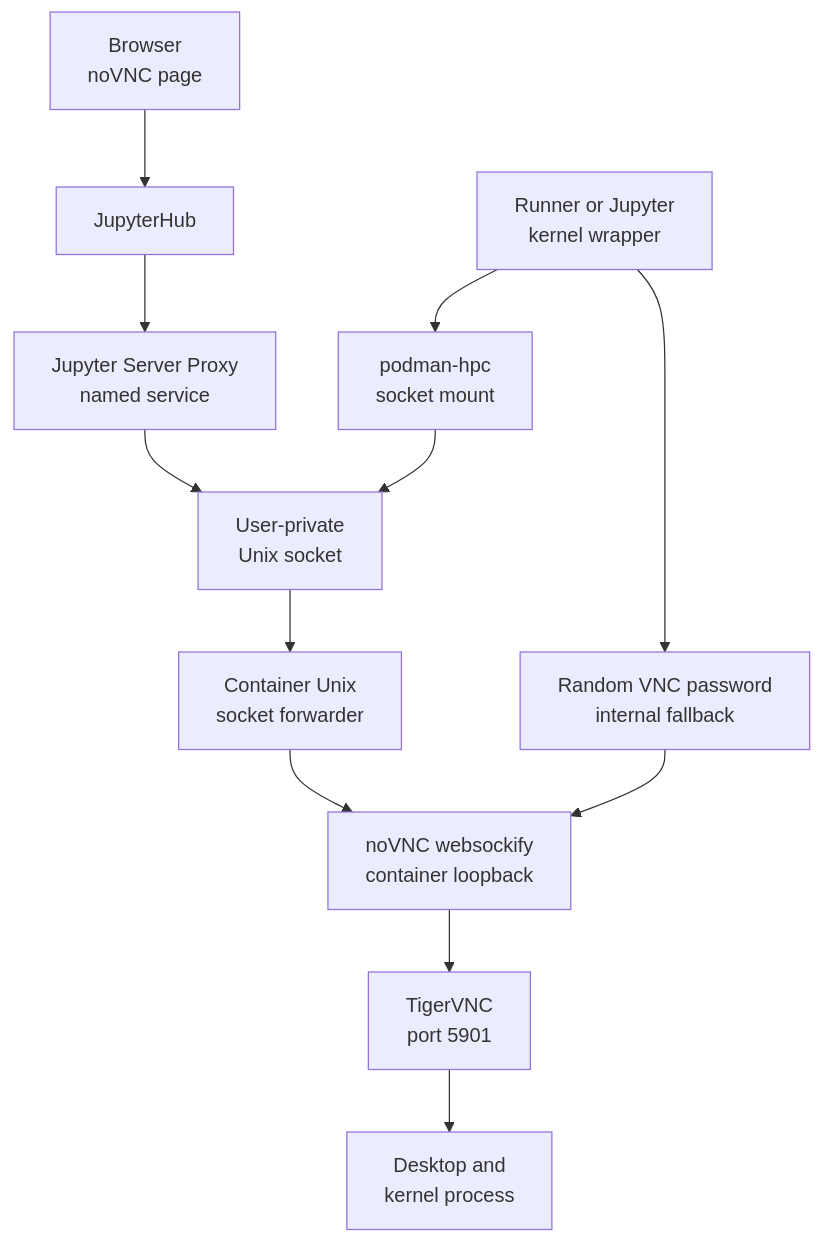
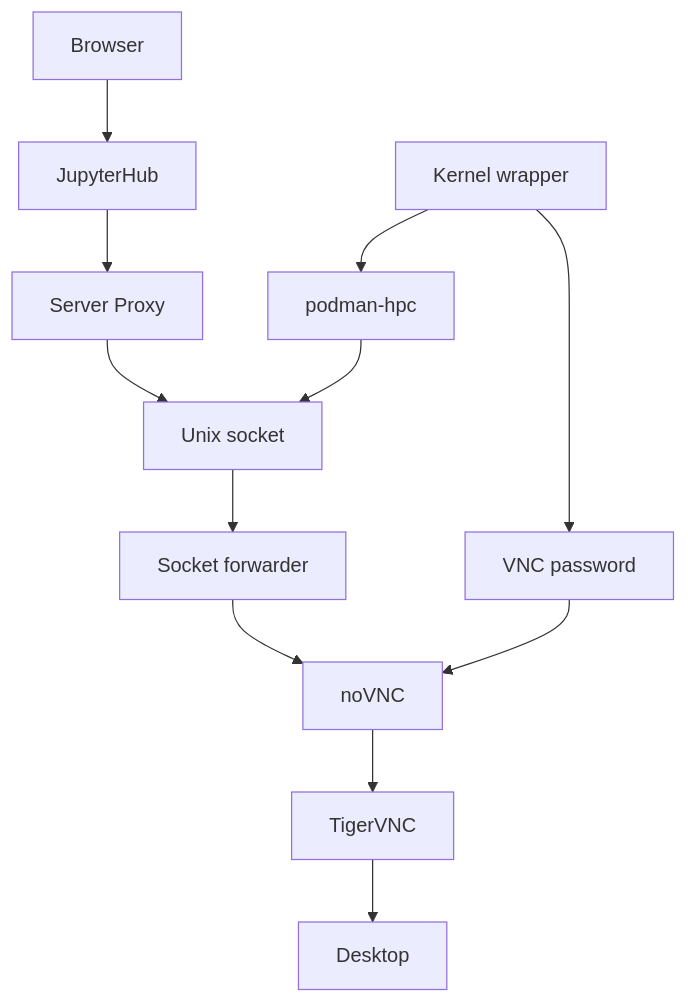
One commit to NERSC/perlmutter-desktop-containers changed the second of 2 diagrams in docs/jupyter.md. Above: the diagram before and after it, drawn with Mermaid. The commit also changed other lines of this file and 2 other files, not shown here.

Commit message:
Shorten Mermaid labels across guides and proxy README

````diff
--- a/docs/jupyter.md
+++ b/docs/jupyter.md
@@ -120,27 +120,27 @@
 ```mermaid
 flowchart TB
-    browser["Browser<br/>noVNC page"]
+    browser["Browser"]
     hub["JupyterHub"]
-    proxy["Jupyter Server Proxy<br/>named service"]
-    socket["User-private<br/>Unix socket"]
-    unixproxy["Container Unix<br/>socket forwarder"]
-    novnc["noVNC websockify<br/>container loopback"]
-    vnc["TigerVNC<br/>port 5901"]
-    desktop["Desktop and<br/>kernel process"]
-    wrapper["Runner or Jupyter<br/>kernel wrapper"]
-    podman["podman-hpc<br/>socket mount"]
-    password["Random VNC password<br/>internal fallback"]
+    proxy["Server Proxy"]
+    socket["Unix socket"]
+    unixproxy["Socket forwarder"]
+    novnc["noVNC"]
+    vnc["TigerVNC"]
+    desktop["Desktop"]
+    wrapper["Kernel wrapper"]
+    podman["podman-hpc"]
+    password["VNC password"]
 
     browser --> hub
     hub --> proxy
     proxy --> socket
     socket --> unixproxy
     unixproxy --> novnc
     novnc --> vnc
     vnc --> desktop
 
     wrapper --> podman
     podman --> socket
     wrapper --> password
     password --> novnc
 ```
````
